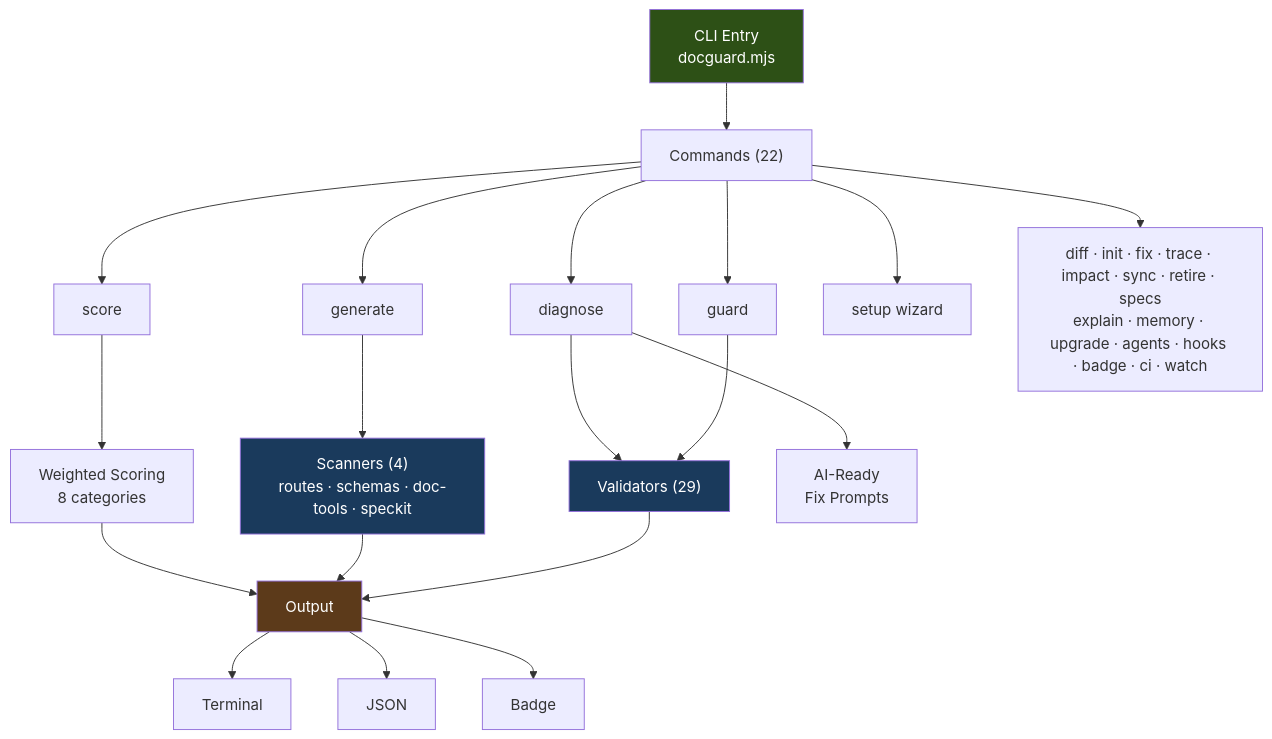
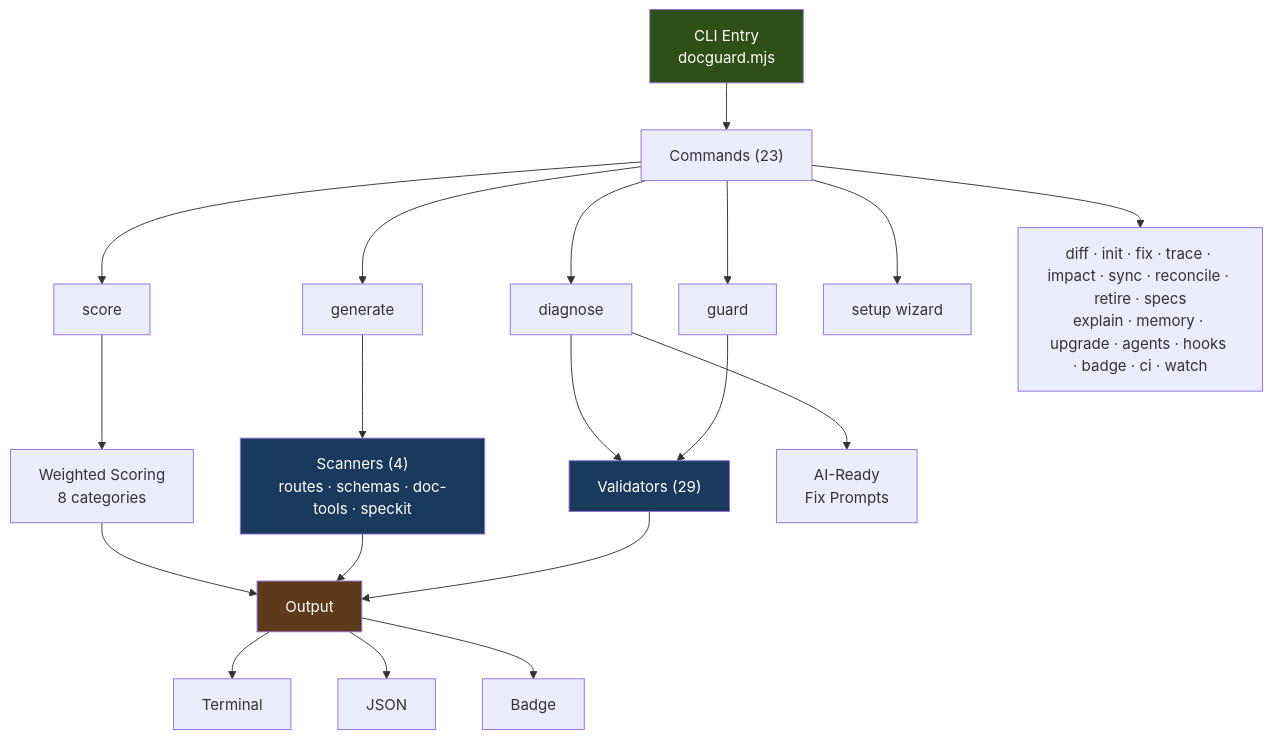
One commit to raccioly/docguard changed the diagram in README.md. Above: the diagram before and after it, drawn with Mermaid. The commit also changed other lines of this file and 42 other files, not shown here.

````diff
--- a/README.md
+++ b/README.md
@@ -70,28 +70,28 @@
 ```mermaid
 graph TD
-    CLI["CLI Entry<br/>docguard.mjs"] --> Commands["Commands (22)"]
+    CLI["CLI Entry<br/>docguard.mjs"] --> Commands["Commands (23)"]
     Commands --> guard["guard"]
     Commands --> generate["generate"]
     Commands --> score["score"]
     Commands --> diagnose["diagnose"]
     Commands --> setup["setup wizard"]
-    Commands --> other["diff · init · fix · trace · impact · sync · retire · specs<br/>explain · memory · upgrade · agents · hooks · badge · ci · watch"]
+    Commands --> other["diff · init · fix · trace · impact · sync · reconcile · retire · specs<br/>explain · memory · upgrade · agents · hooks · badge · ci · watch"]
 
     guard --> Validators["Validators (29)"]
     generate --> Scanners["Scanners (4)<br/>routes · schemas · doc-tools · speckit"]
     score --> Scoring["Weighted Scoring<br/>8 categories"]
     diagnose --> Validators
     diagnose --> AIPrompts["AI-Ready<br/>Fix Prompts"]
 
     Validators --> Output["Output"]
     Scanners --> Output
     Scoring --> Output
     Output --> Terminal["Terminal"]
     Output --> JSON["JSON"]
     Output --> Badge["Badge"]
 
     style CLI fill:#2d5016,color:#fff
     style Validators fill:#1a3a5c,color:#fff
     style Scanners fill:#1a3a5c,color:#fff
     style Output fill:#5c3a1a,color:#fff
 ```
````
